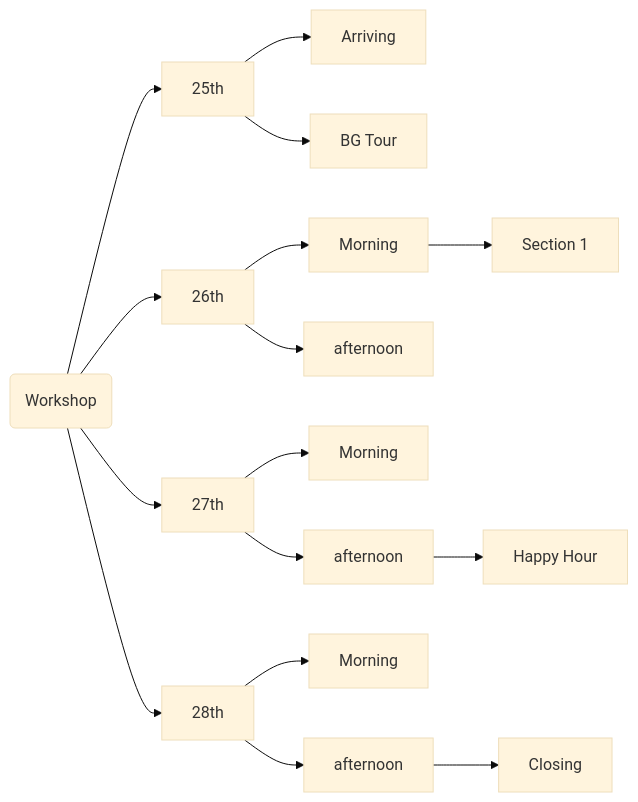
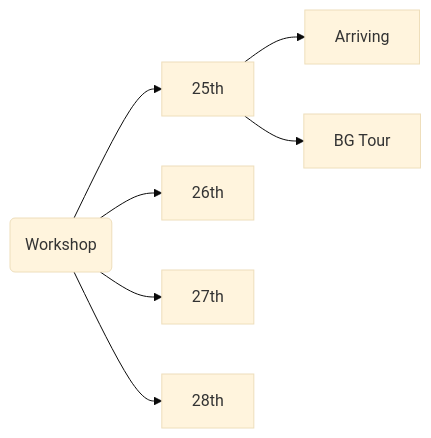
Before and after one commit to carineemer/workshop-multilayers: the diagram in README.md, drawn with Mermaid (base theme).

````diff
--- a/README.md
+++ b/README.md
@@ -15,23 +15,13 @@
 ```mermaid
 graph LR
     A(Workshop) --> B[25th]
         click B href "https://github.com/carineemer/workshop-multilayers/blob/main/25th.md"
         B --> B1[Arriving]
         B --> B2[BG Tour]
     A --> C[26th]
         click C href "https://github.com/carineemer/workshop-multilayers/blob/main/26th.md"
-        C --> C1[Morning]
-            C1 --> C11[Section 1]
-            click C11 href "https://github.com/carineemer/workshop-multilayers/blob/main/26th.md#section-1"
-        C --> C2[afternoon]
     A --> D[27th]
         click D href "https://github.com/carineemer/workshop-multilayers/blob/main/27th.md"
-        D --> D1[Morning]
-        D --> D2[afternoon]
-            D2 --> D21[Happy Hour]
     A --> E[28th]
         click E href "https://github.com/carineemer/workshop-multilayers/blob/main/28th.md"
-        E --> E1[Morning]
-        E --> E2[afternoon] 
-            E2 --> E21[Closing]  
   ```
````
